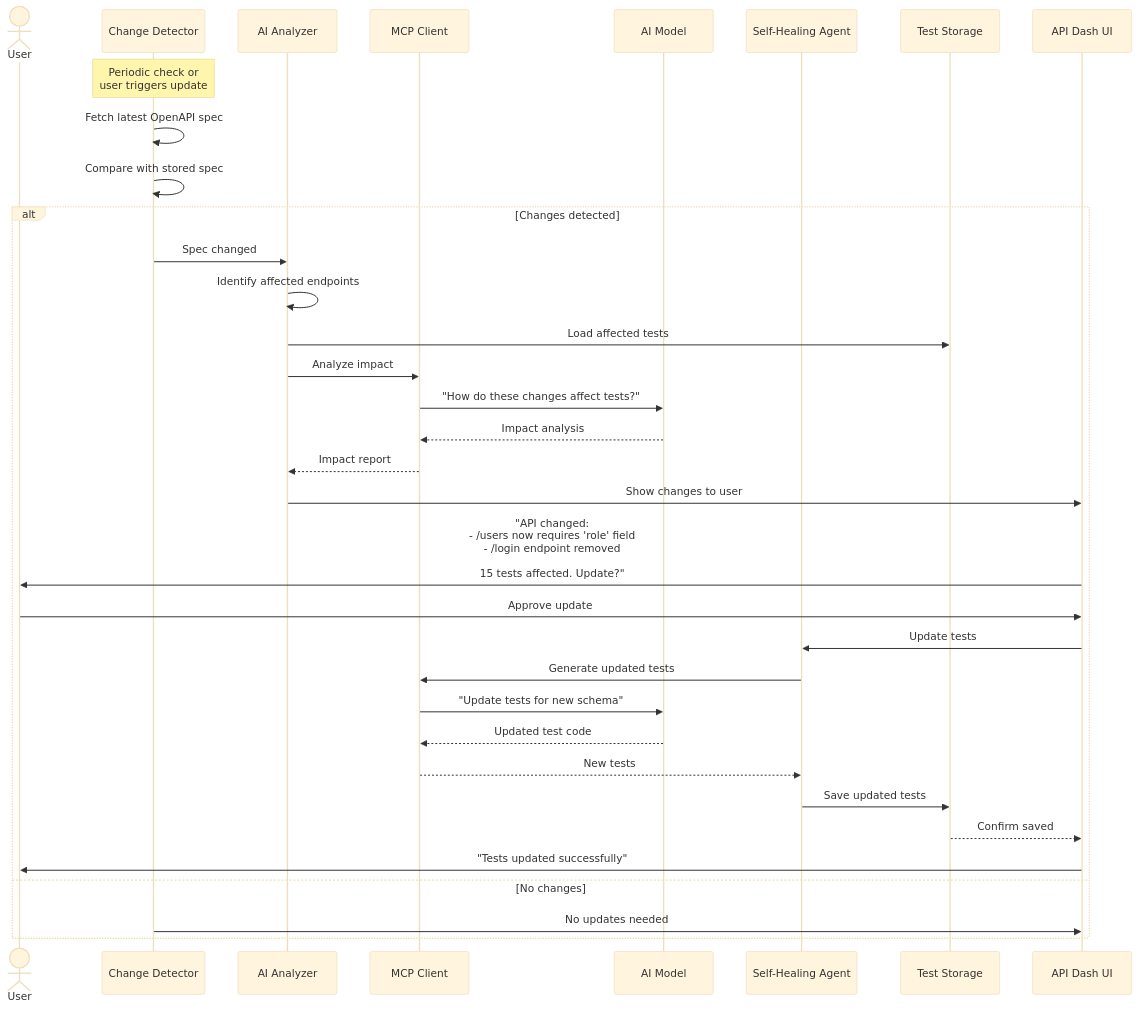
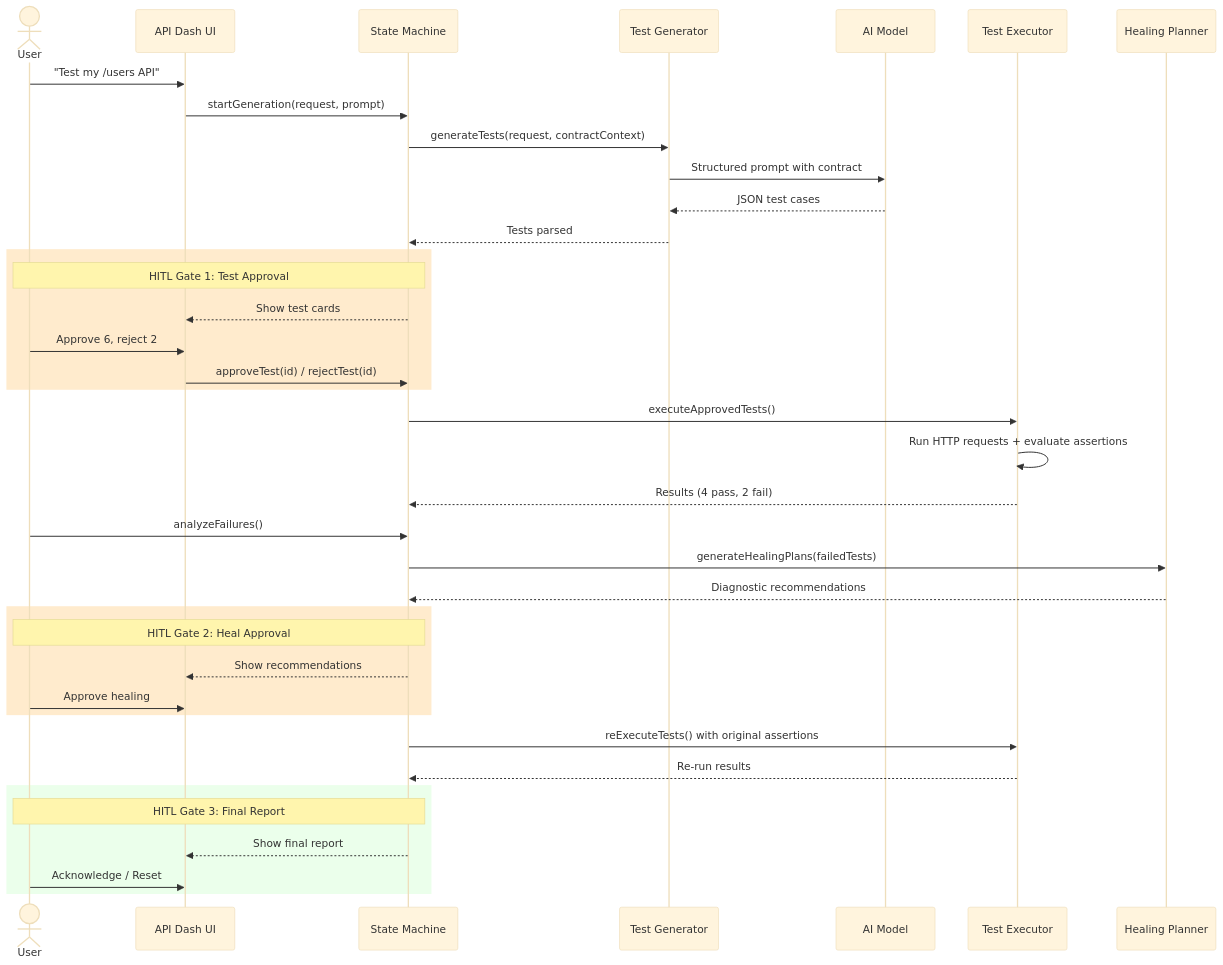
One commit to badnikhil/apidash changed the second of 4 diagrams in doc/proposals/2026/gsoc/application_aditya_suhane_agentic_api_testing.md. Above: the diagram before and after it, drawn with Mermaid (base theme). The commit also changed other lines of this file, not shown here.

Commit message:
docs(gsoc): rewrite agentic API testing proposal with full prototype evidence

````diff
--- a/doc/proposals/2026/gsoc/application_aditya_suhane_agentic_api_testing.md
+++ b/doc/proposals/2026/gsoc/application_aditya_suhane_agentic_api_testing.md
@@ -465,45 +328,47 @@
 ```mermaid
 sequenceDiagram
-  actor User
-  participant Detector as Change Detector
-  participant Analyzer as AI Analyzer
-  participant MCP as MCP Client
-  participant LLM as AI Model
-  participant Healer as Self-Healing Agent
-  participant Storage as Test Storage
-  participant UI as API Dash UI
-    
-  Note over Detector: Periodic check or<br/>user triggers update
-    
-  Detector->>Detector: Fetch latest OpenAPI spec
-  Detector->>Detector: Compare with stored spec
-    
-  alt Changes detected
-    Detector->>Analyzer: Spec changed
-    Analyzer->>Analyzer: Identify affected endpoints
-    Analyzer->>Storage: Load affected tests
-        
-    Analyzer->>MCP: Analyze impact
-    MCP->>LLM: "How do these changes affect tests?"
-    LLM-->>MCP: Impact analysis
-    MCP-->>Analyzer: Impact report
-        
-    Analyzer->>UI: Show changes to user
-    UI->>User: "API changed:<br/>- /users now requires 'role' field<br/>- /login endpoint removed<br/><br/>15 tests affected. Update?"
-        
-    User->>UI: Approve update
-    UI->>Healer: Update tests
-        
-    Healer->>MCP: Generate updated tests
-    MCP->>LLM: "Update tests for new schema"
-    LLM-->>MCP: Updated test code
-    MCP-->>Healer: New tests
-        
-    Healer->>Storage: Save updated tests
-    Storage-->>UI: Confirm saved
-    UI->>User: "Tests updated successfully"
-        
-  else No changes
-    Detector->>UI: No updates needed
-  end
+    actor User
+    participant UI as API Dash UI
+    participant SM as State Machine
+    participant Gen as Test Generator
+    participant LLM as AI Model
+    participant Exec as Test Executor
+    participant Heal as Healing Planner
+
+    User->>UI: "Test my /users API"
+    UI->>SM: startGeneration(request, prompt)
+    SM->>Gen: generateTests(request, contractContext)
+    Gen->>LLM: Structured prompt with contract
+    LLM-->>Gen: JSON test cases
+    Gen-->>SM: Tests parsed
+
+    rect rgb(255, 235, 205)
+        Note over User,SM: HITL Gate 1: Test Approval
+        SM-->>UI: Show test cards
+        User->>UI: Approve 6, reject 2
+        UI->>SM: approveTest(id) / rejectTest(id)
+    end
+
+    SM->>Exec: executeApprovedTests()
+    Exec->>Exec: Run HTTP requests + evaluate assertions
+    Exec-->>SM: Results (4 pass, 2 fail)
+
+    User->>SM: analyzeFailures()
+    SM->>Heal: generateHealingPlans(failedTests)
+    Heal-->>SM: Diagnostic recommendations
+
+    rect rgb(255, 235, 205)
+        Note over User,SM: HITL Gate 2: Heal Approval
+        SM-->>UI: Show recommendations
+        User->>UI: Approve healing
+    end
+
+    SM->>Exec: reExecuteTests() with original assertions
+    Exec-->>SM: Re-run results
+
+    rect rgb(235, 255, 235)
+        Note over User,SM: HITL Gate 3: Final Report
+        SM-->>UI: Show final report
+        User->>UI: Acknowledge / Reset
+    end
 ```
````
